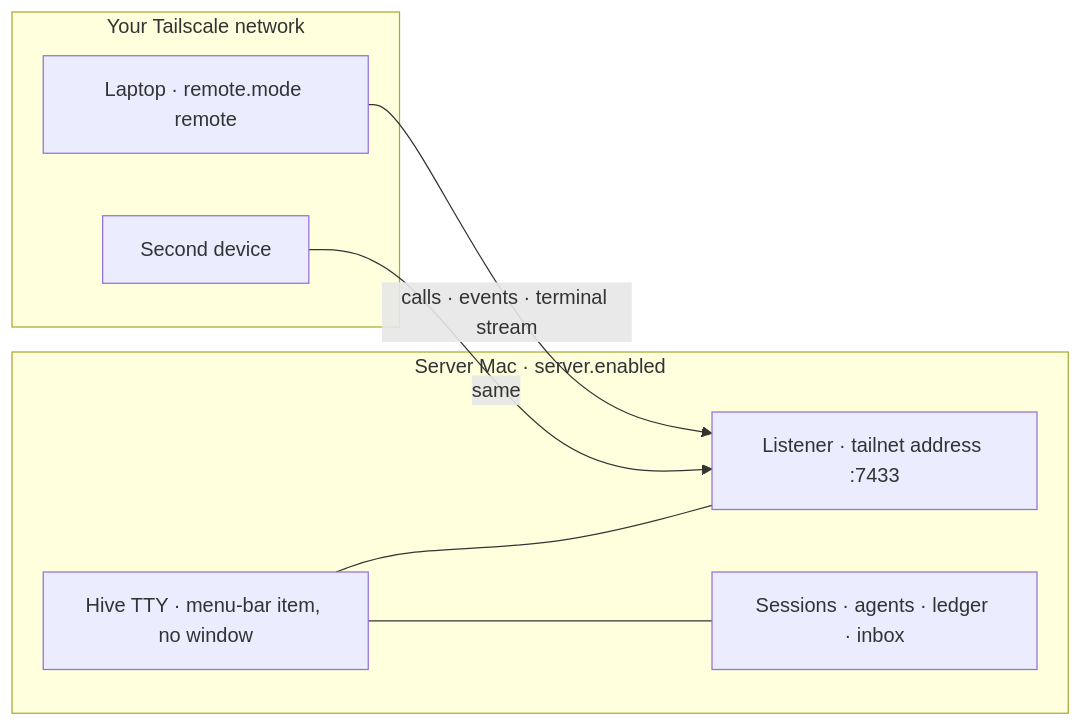
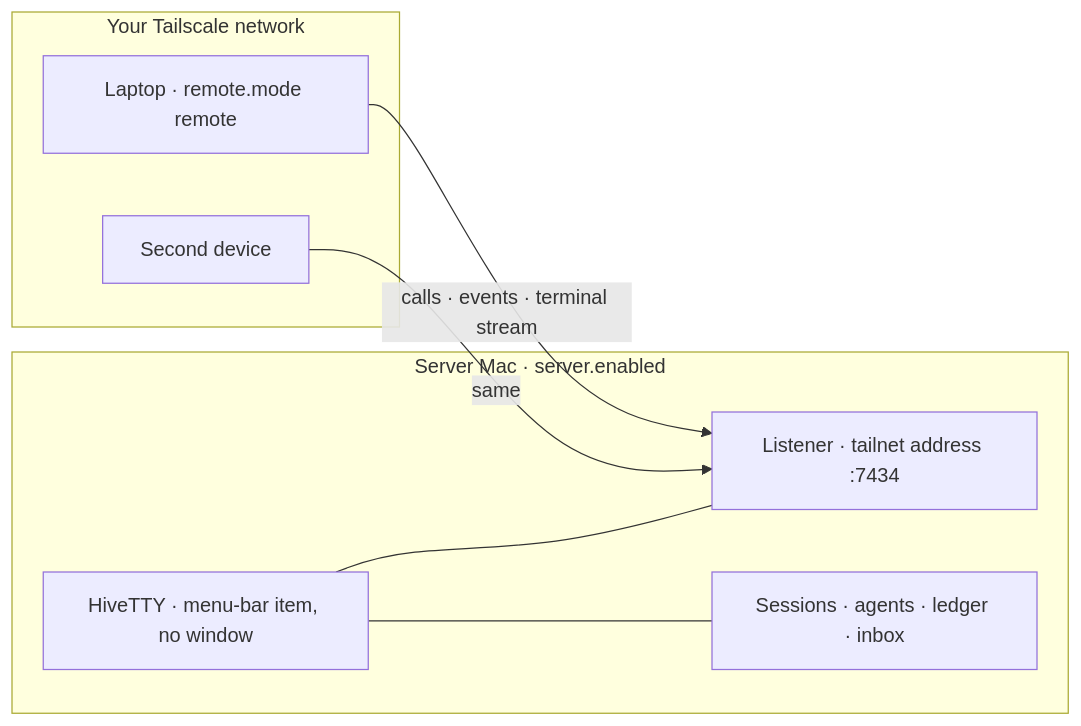
Before and after one commit to behiques/hivetty: the diagram in docs/assets/diagrams/remote-topology.mmd, drawn with Mermaid. The commit also changed 280 other files, not shown here.

First line of the commit message:
HIVE-242: rename the fork to HiveTTY (#119)

```diff
--- a/docs/assets/diagrams/remote-topology.mmd
+++ b/docs/assets/diagrams/remote-topology.mmd
@@ -1,14 +1,14 @@
 flowchart LR
   subgraph srv [Server Mac · server.enabled]
-    app[Hive TTY · menu-bar item, no window]
-    lis[Listener · tailnet address :7433]
+    app[HiveTTY · menu-bar item, no window]
+    lis[Listener · tailnet address :7434]
     work[Sessions · agents · ledger · inbox]
   end
   subgraph net [Your Tailscale network]
     a[Laptop · remote.mode remote]
     b[Second device]
   end
   app --- lis
   app --- work
   a -->|calls · events · terminal stream| lis
   b -->|same| lis
```
